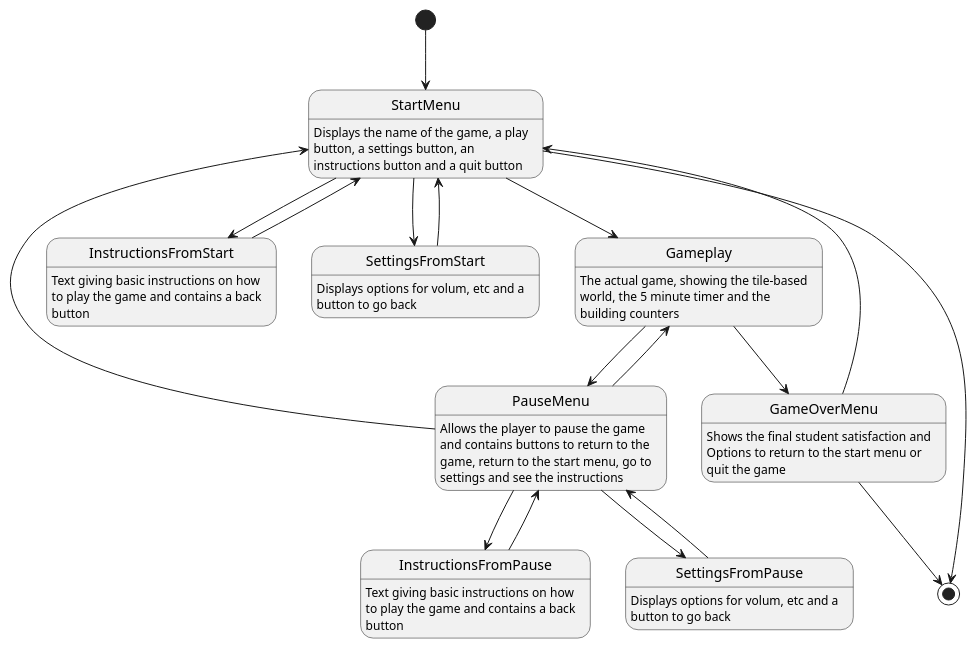
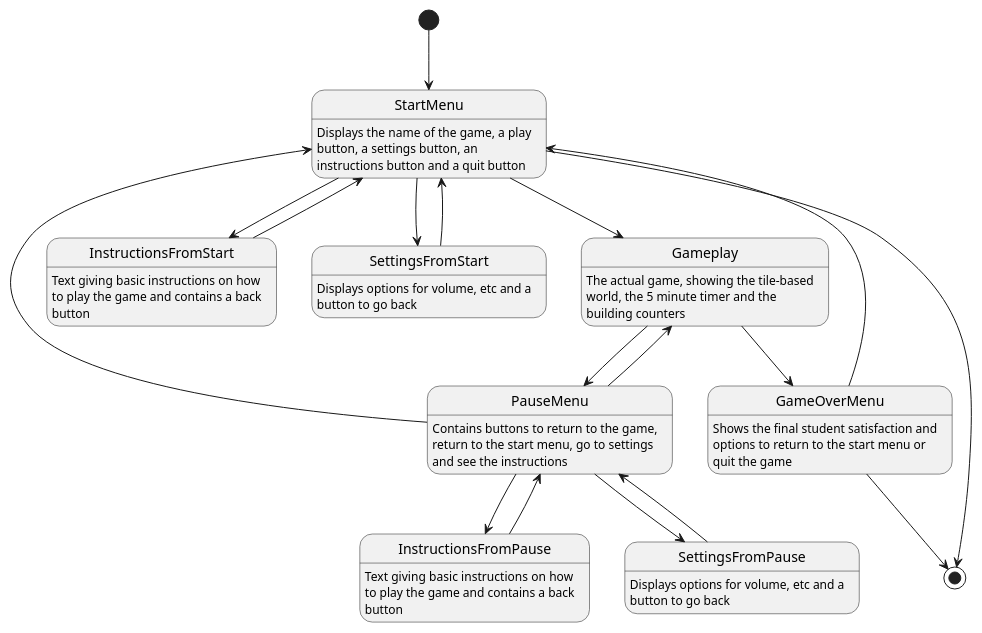
One commit to y111studios/9-unisim-fork changed the diagram in docs/diagrams/src/state.puml. Above: the diagram before and after it, drawn with PlantUML.

Commit message:
Polished the state diagram

```diff
--- a/docs/diagrams/src/state.puml
+++ b/docs/diagrams/src/state.puml
@@ -1,51 +1,50 @@
 @startuml Project Structure
 [*] --> StartMenu
 
 StartMenu: Displays the name of the game, a play
 StartMenu: button, a settings button, an
 StartMenu: instructions button and a quit button
 StartMenu --> Gameplay
 StartMenu --> InstructionsFromStart
 StartMenu --> SettingsFromStart
 StartMenu --> [*]
 
 Gameplay: The actual game, showing the tile-based
 Gameplay: world, the 5 minute timer and the
 Gameplay: building counters
 Gameplay --> PauseMenu
 Gameplay --> GameOverMenu
 
-PauseMenu: Allows the player to pause the game
-PauseMenu: and contains buttons to return to the
-PauseMenu: game, return to the start menu, go to
-PauseMenu: settings and see the instructions
+PauseMenu: Contains buttons to return to the game,
+PauseMenu: return to the start menu, go to settings
+PauseMenu: and see the instructions
 PauseMenu --> Gameplay
 PauseMenu --> StartMenu
 PauseMenu --> SettingsFromPause
 PauseMenu --> InstructionsFromPause
 
 GameOverMenu: Shows the final student satisfaction and
-GameOverMenu: Options to return to the start menu or
+GameOverMenu: options to return to the start menu or
 GameOverMenu: quit the game
 GameOverMenu --> StartMenu
 GameOverMenu --> [*]
 
 InstructionsFromStart: Text giving basic instructions on how
 InstructionsFromStart: to play the game and contains a back
 InstructionsFromStart: button
 InstructionsFromStart --> StartMenu
 
 InstructionsFromPause: Text giving basic instructions on how
 InstructionsFromPause: to play the game and contains a back
 InstructionsFromPause: button
 InstructionsFromPause --> PauseMenu
 
-SettingsFromStart: Displays options for volum, etc and a
+SettingsFromStart: Displays options for volume, etc and a
 SettingsFromStart: button to go back
 SettingsFromStart --> StartMenu
 
-SettingsFromPause: Displays options for volum, etc and a
+SettingsFromPause: Displays options for volume, etc and a
 SettingsFromPause: button to go back
 SettingsFromPause --> PauseMenu
 
 @enduml
```
